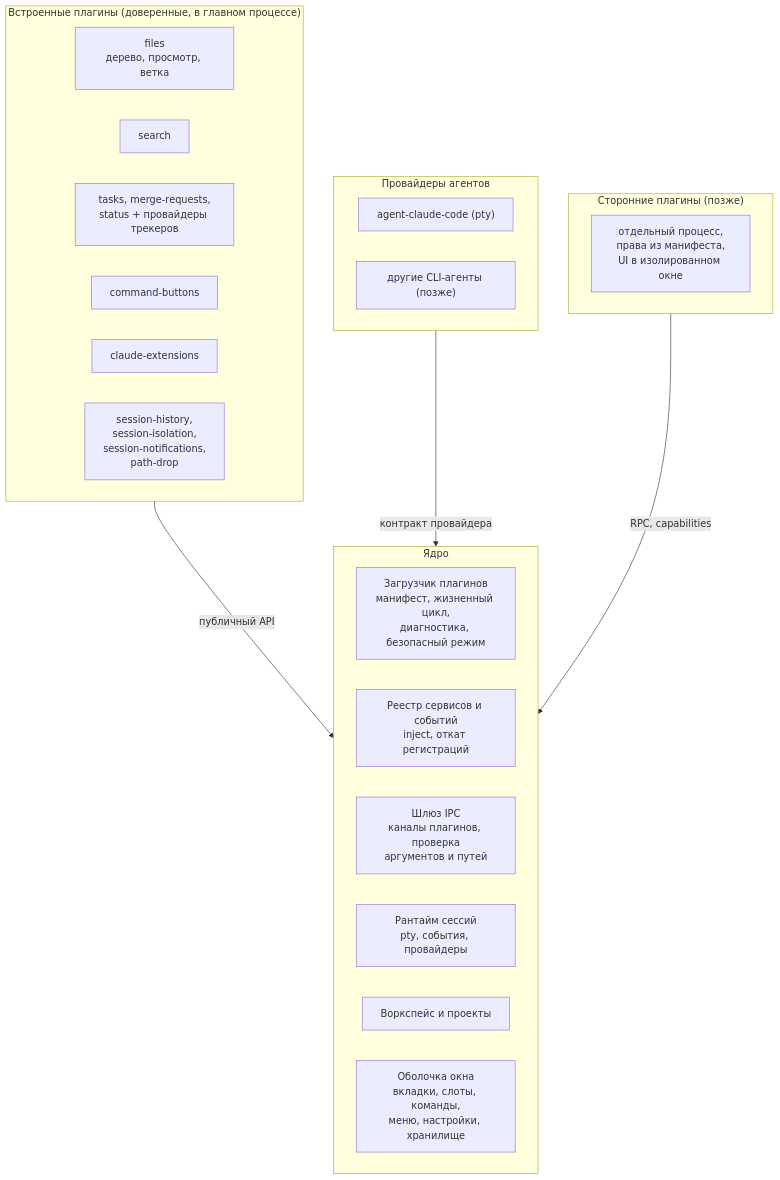
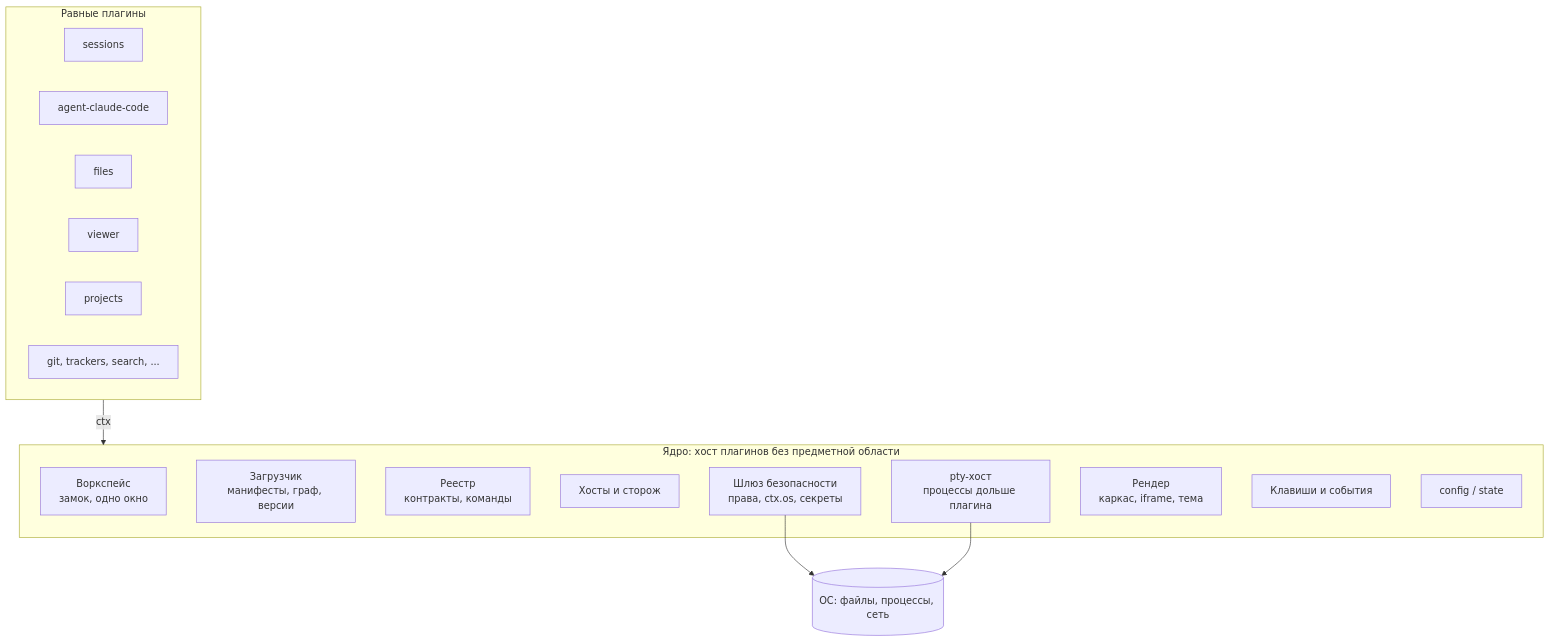
Before and after one commit to dex-it/ai-cyborg: the diagram in docs/cyborg-harness/OVERVIEW.md, drawn with Mermaid. The commit also changed other lines of this file and 4 other files, not shown here.

First line of the commit message:
Cyborg Harness: обзор, README и ресёрч-индексы приведены к SAD2

````diff
--- a/docs/cyborg-harness/OVERVIEW.md
+++ b/docs/cyborg-harness/OVERVIEW.md
@@ -38,38 +85,30 @@
 ```mermaid
 flowchart TB
-  accTitle: Целевая архитектура Cyborg Harness
-  accDescr: Ядро содержит загрузчик плагинов, реестр сервисов и событий, шлюз IPC, рантайм сессий, воркспейс и оболочку окна со слотами. Встроенные плагины и провайдеры агентов подключаются через точки расширения. Сторонние плагины запускаются в отдельном процессе с правами из манифеста.
+  accTitle: Ядро и плагины Cyborg
+  accDescr: Ядро состоит из воркспейса, загрузчика, реестра контрактов и команд, хостов со сторожем, pty-хоста, шлюза безопасности, рендера, клавиш и событий, config и state. Плагины общаются только через ядро: контракты, команды и типы данных. Доступ к ОС идёт только через шлюз.
 
-  subgraph core["Ядро"]
-    direction LR
-    HOST["Загрузчик плагинов<br/>манифест, жизненный цикл,<br/>диагностика, безопасный режим"]
-    BUS["Реестр сервисов и событий<br/>inject, откат регистраций"]
-    GW["Шлюз IPC<br/>каналы плагинов, проверка<br/>аргументов и путей"]
-    SESS["Рантайм сессий<br/>pty, события, провайдеры"]
-    WS["Воркспейс и проекты"]
-    SHELL["Оболочка окна<br/>вкладки, слоты, команды,<br/>меню, настройки, хранилище"]
+  subgraph core["Ядро: хост плагинов без предметной области"]
+    workspace["Воркспейс<br/>замок, одно окно"]
+    loader["Загрузчик<br/>манифесты, граф, версии"]
+    registry["Реестр<br/>контракты, команды"]
+    hosts["Хосты и сторож"]
+    pty["pty-хост<br/>процессы дольше плагина"]
+    gateway["Шлюз безопасности<br/>права, ctx.os, секреты"]
+    render["Рендер<br/>каркас, iframe, тема"]
+    keys["Клавиши и события"]
+    config["config / state"]
   end
 
-  subgraph bundled["Встроенные плагины (доверенные, в главном процессе)"]
-    direction LR
-    P1["files<br/>дерево, просмотр, ветка"]
-    P2["search"]
-    P3["tasks, merge-requests,<br/>status + провайдеры трекеров"]
-    P4["command-buttons"]
-    P5["claude-extensions"]
-    P6["session-history,<br/>session-isolation,<br/>session-notifications,<br/>path-drop"]
+  subgraph plugins["Равные плагины"]
+    sessions["sessions"]
+    agent["agent-claude-code"]
+    files["files"]
+    viewer["viewer"]
+    projects["projects"]
+    more["git, trackers, search, ..."]
   end
 
-  subgraph agents["Провайдеры агентов"]
-    A1["agent-claude-code (pty)"]
-    A2["другие CLI-агенты (позже)"]
-  end
-
-  subgraph third["Сторонние плагины (позже)"]
-    T1["отдельный процесс,<br/>права из манифеста,<br/>UI в изолированном окне"]
-  end
-
-  bundled -->|"публичный API"| core
-  agents -->|"контракт провайдера"| SESS
-  third -->|"RPC, capabilities"| GW
+  plugins -->|"ctx"| core
+  gateway --> os[("ОС: файлы, процессы, сеть")]
+  pty --> os
 ```
````
